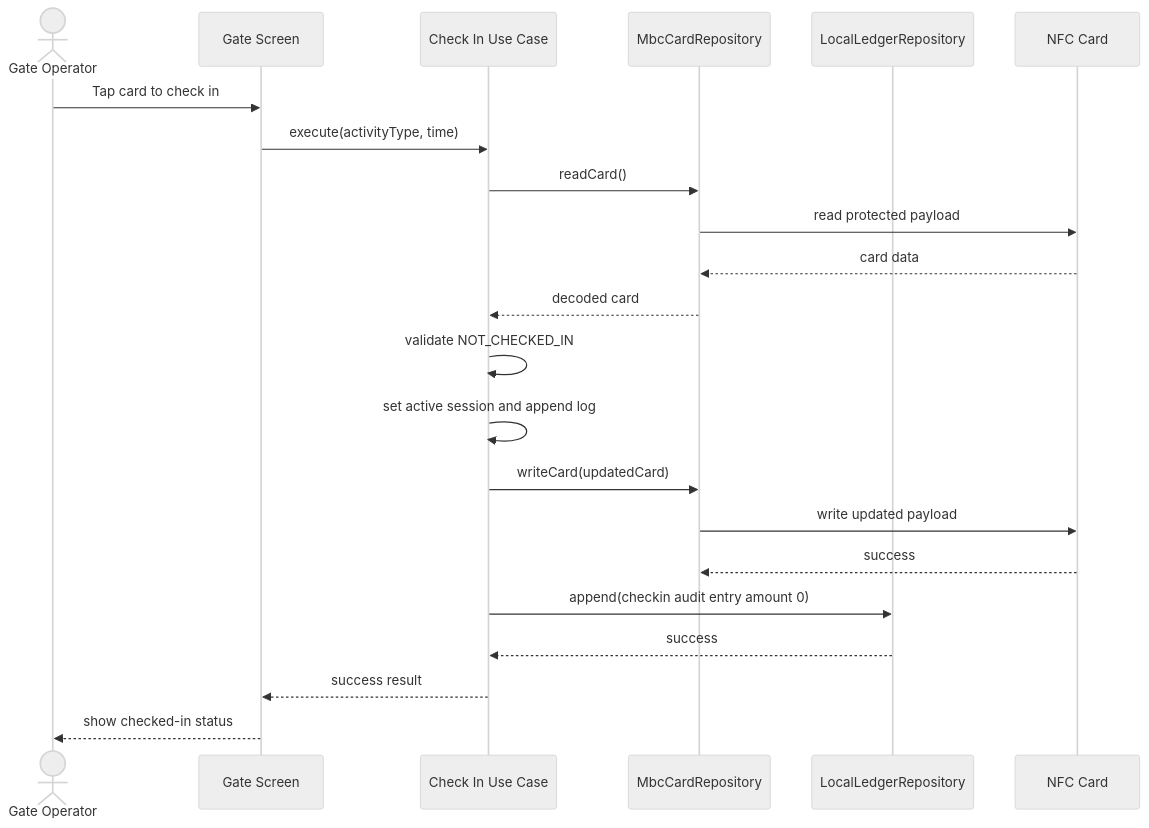
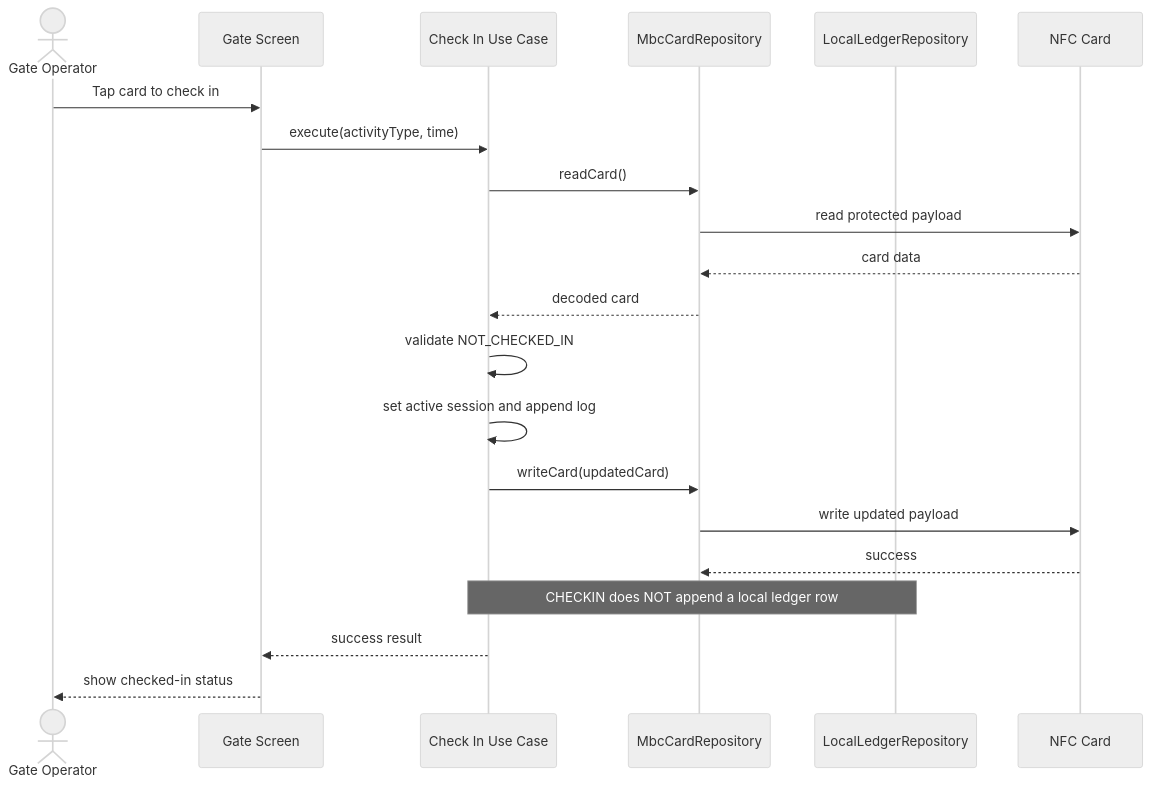
The fifth of 9 diagrams in .codex/specs/UML_SYSTEM_DIAGRAMS.md (Schitzos/mbc-nfc), drawn with Mermaid (neutral theme) before and after one commit. The commit also changed other lines of this file and 8 other files, not shown here.

````diff
--- a/.codex/specs/UML_SYSTEM_DIAGRAMS.md
+++ b/.codex/specs/UML_SYSTEM_DIAGRAMS.md
@@ -109,25 +109,24 @@
 ```mermaid
 sequenceDiagram
   actor Operator as Gate Operator
   participant UI as Gate Screen
   participant CheckIn as Check In Use Case
   participant CardRepo as MbcCardRepository
   participant Ledger as LocalLedgerRepository
   participant Card as NFC Card
 
   Operator->>UI: Tap card to check in
   UI->>CheckIn: execute(activityType, time)
   CheckIn->>CardRepo: readCard()
   CardRepo->>Card: read protected payload
   Card-->>CardRepo: card data
   CardRepo-->>CheckIn: decoded card
   CheckIn->>CheckIn: validate NOT_CHECKED_IN
   CheckIn->>CheckIn: set active session and append log
   CheckIn->>CardRepo: writeCard(updatedCard)
   CardRepo->>Card: write updated payload
   Card-->>CardRepo: success
-  CheckIn->>Ledger: append(checkin audit entry amount 0)
-  Ledger-->>CheckIn: success
+  Note over CheckIn,Ledger: CHECKIN does NOT append a local ledger row
   CheckIn-->>UI: success result
   UI-->>Operator: show checked-in status
 ```
````
